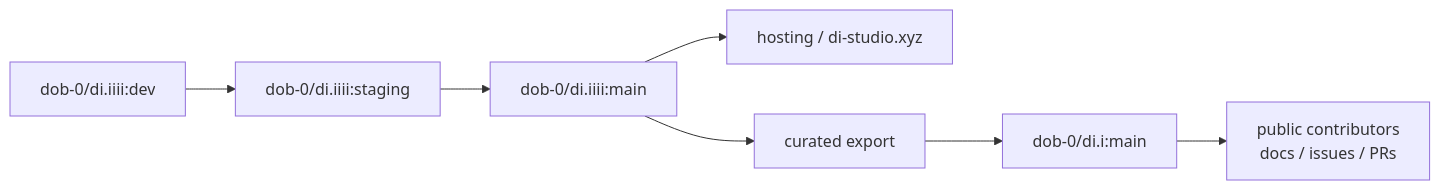
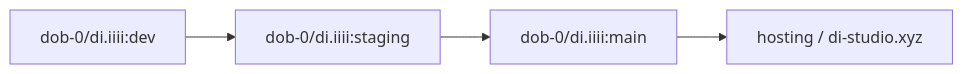
Before and after one commit to dob-0/di.iiii: the diagram in docs/ops/PRIVATE_DEV_PUBLIC_SHOWCASE.md, drawn with Mermaid. The commit also changed other lines of this file and 5 other files, not shown here.

````diff
--- a/docs/ops/PRIVATE_DEV_PUBLIC_SHOWCASE.md
+++ b/docs/ops/PRIVATE_DEV_PUBLIC_SHOWCASE.md
@@ -15,9 +12,6 @@
 ```mermaid
 flowchart LR
     dev["dob-0/di.iiii:dev"] --> staging["dob-0/di.iiii:staging"]
     staging --> main["dob-0/di.iiii:main"]
     main --> host["hosting / di-studio.xyz"]
-    main --> export["curated export"]
-    export --> public["dob-0/di.i:main"]
-    public --> contributors["public contributors<br/>docs / issues / PRs"]
 ```
````
